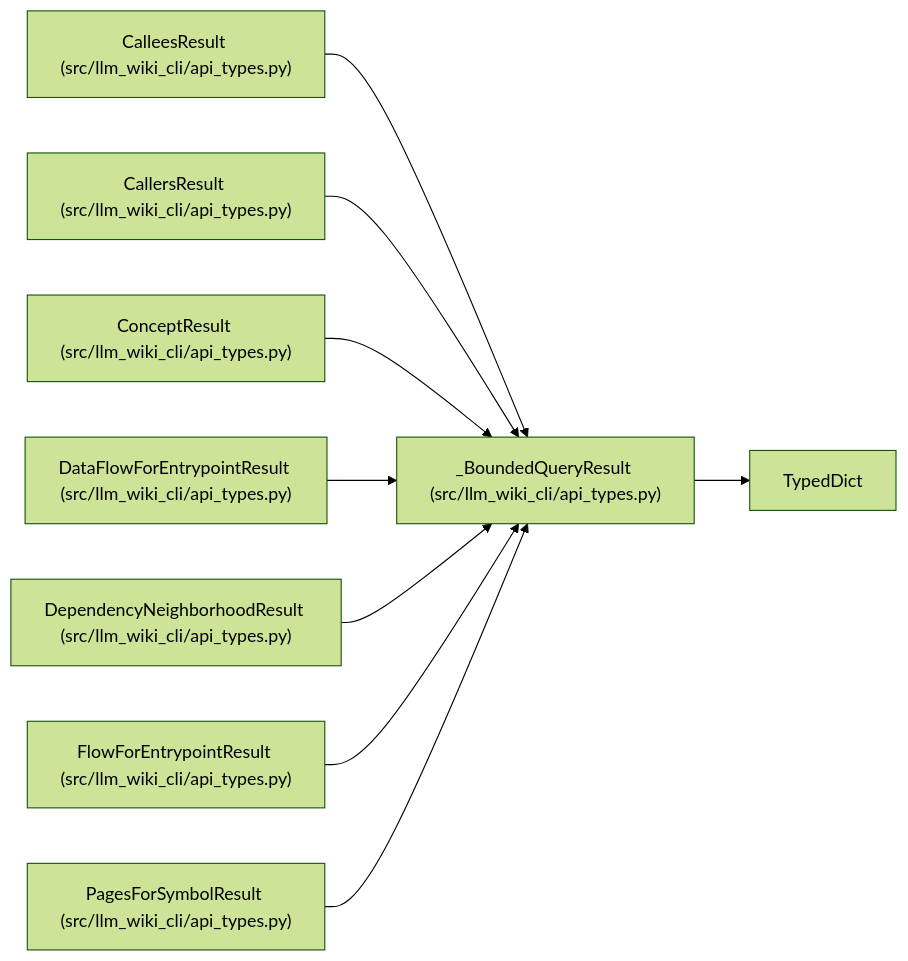
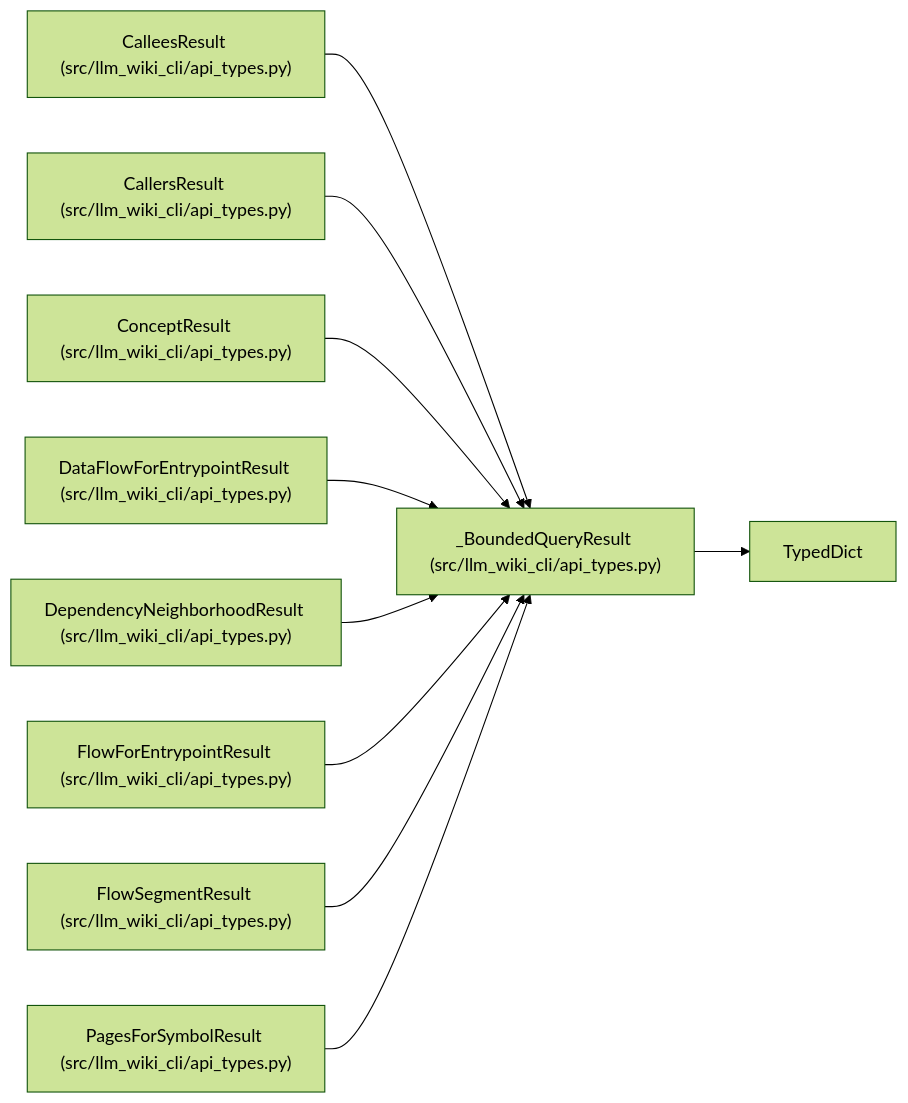
The diagram in docs/llm_wiki/entities/BoundedQueryResult.md (Denissvgn/python-wiki-llm), drawn with Mermaid (forest theme) before and after one commit. The commit also changed other lines of this file and 581 other files, not shown here.

````diff
--- a/docs/llm_wiki/entities/BoundedQueryResult.md
+++ b/docs/llm_wiki/entities/BoundedQueryResult.md
@@ -30,28 +30,31 @@
 ```mermaid
 flowchart LR
     n0["_BoundedQueryResult (src/llm_wiki_cli/api_types.py)"]
     n1["TypedDict"]
     n2["CalleesResult (src/llm_wiki_cli/api_types.py)"]
     n3["CallersResult (src/llm_wiki_cli/api_types.py)"]
     n4["ConceptResult (src/llm_wiki_cli/api_types.py)"]
     n5["DataFlowForEntrypointResult (src/llm_wiki_cli/api_types.py)"]
     n6["DependencyNeighborhoodResult (src/llm_wiki_cli/api_types.py)"]
     n7["FlowForEntrypointResult (src/llm_wiki_cli/api_types.py)"]
-    n8["PagesForSymbolResult (src/llm_wiki_cli/api_types.py)"]
+    n8["FlowSegmentResult (src/llm_wiki_cli/api_types.py)"]
+    n9["PagesForSymbolResult (src/llm_wiki_cli/api_types.py)"]
     n0 --> n1
     n2 --> n0
     n3 --> n0
     n4 --> n0
     n5 --> n0
     n6 --> n0
     n7 --> n0
     n8 --> n0
+    n9 --> n0
     click n0 "../modules/api_types.md"
     click n2 "../modules/api_types.md"
     click n3 "../modules/api_types.md"
     click n4 "../modules/api_types.md"
     click n5 "../modules/api_types.md"
     click n6 "../modules/api_types.md"
     click n7 "../modules/api_types.md"
     click n8 "../modules/api_types.md"
+    click n9 "../modules/api_types.md"
 ```
````
